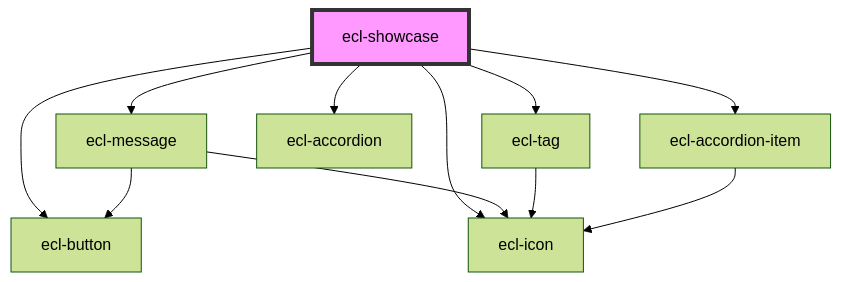
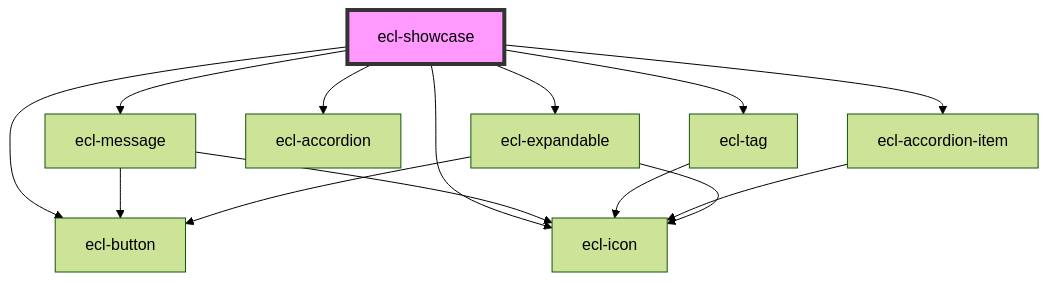
The diagram in src/components/ecl-showcase/readme.md (pnowak2/eui-ecl-webcomponents), drawn with Mermaid (forest theme) before and after one commit. The commit also changed other lines of this file and 6 other files, not shown here.

````diff
--- a/src/components/ecl-showcase/readme.md
+++ b/src/components/ecl-showcase/readme.md
@@ -20,14 +21,17 @@
 ```mermaid
 graph TD;
   ecl-showcase --> ecl-button
   ecl-showcase --> ecl-icon
   ecl-showcase --> ecl-message
   ecl-showcase --> ecl-tag
   ecl-showcase --> ecl-accordion
   ecl-showcase --> ecl-accordion-item
+  ecl-showcase --> ecl-expandable
   ecl-message --> ecl-icon
   ecl-message --> ecl-button
   ecl-tag --> ecl-icon
   ecl-accordion-item --> ecl-icon
+  ecl-expandable --> ecl-button
+  ecl-expandable --> ecl-icon
   style ecl-showcase fill:#f9f,stroke:#333,stroke-width:4px
 ```
````
